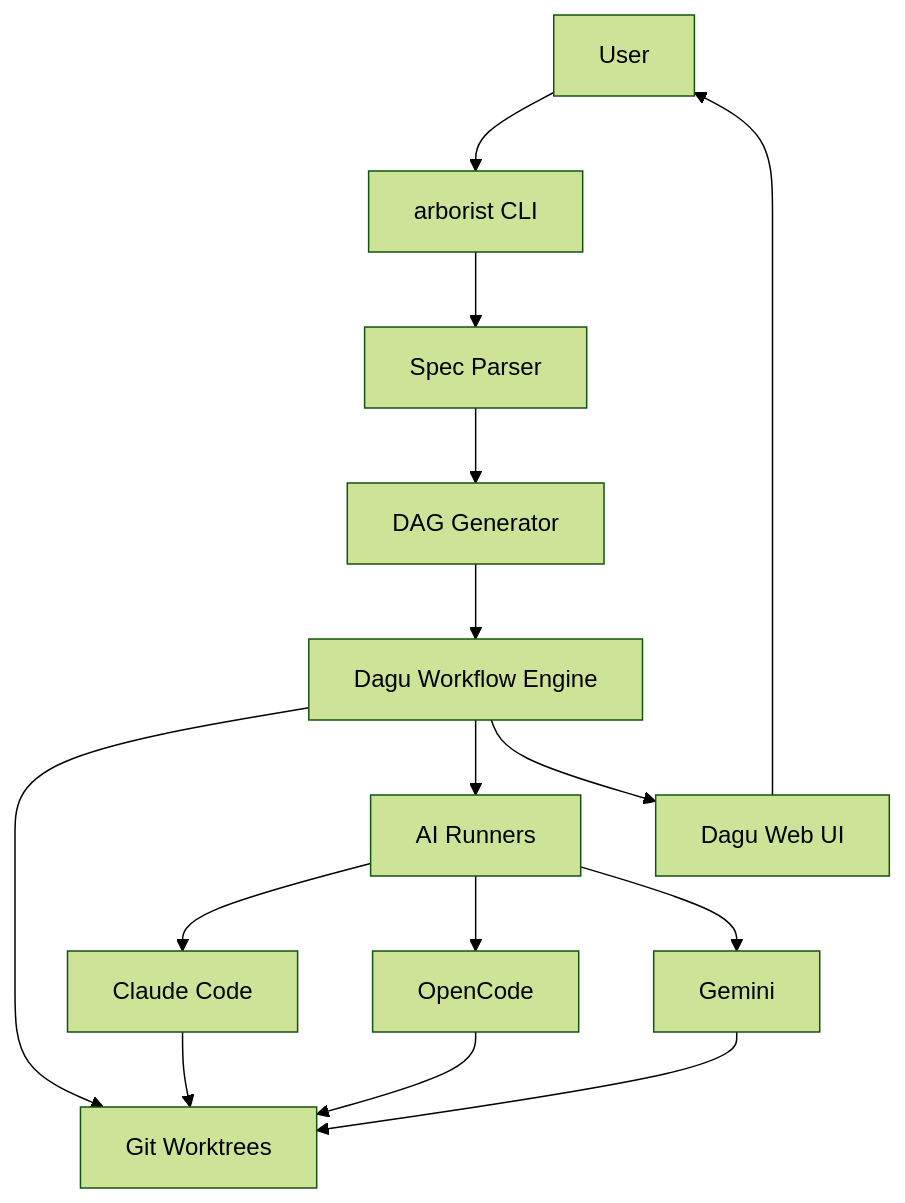
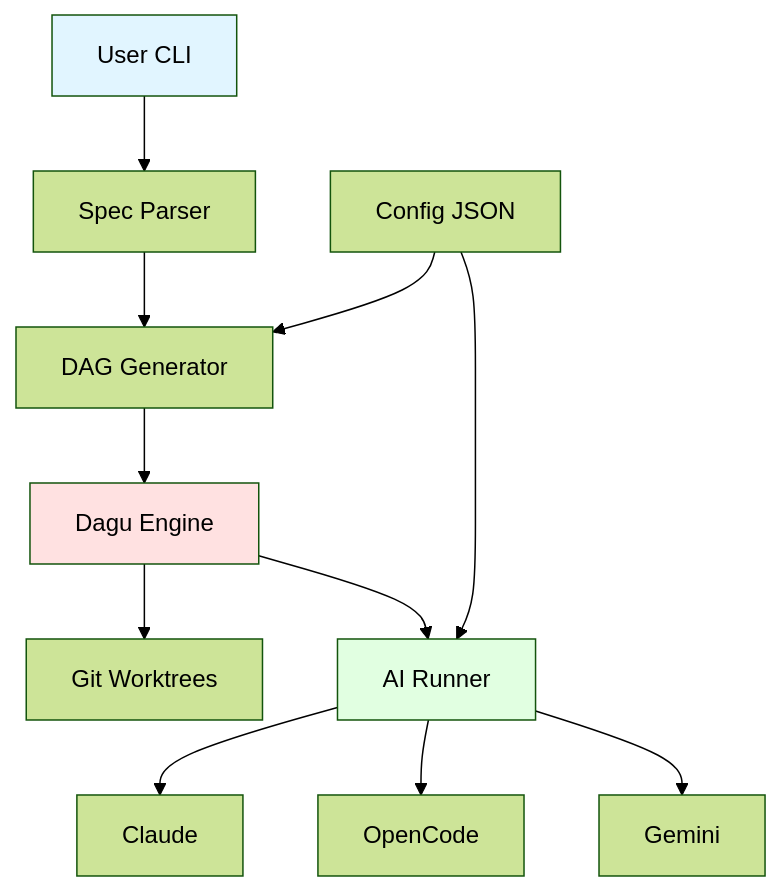
The diagram in docs/manual/01-getting-started/01-introduction.md (pennyworth-tech/agent-arborist), drawn with Mermaid (forest theme) before and after one commit. The commit also changed other lines of this file and 48 other files, not shown here.

````diff
--- a/docs/manual/01-getting-started/01-introduction.md
+++ b/docs/manual/01-getting-started/01-introduction.md
@@ -137,21 +84,20 @@
 ```mermaid
 graph TB
-    A[User] --> B[arborist CLI]
-    B --> C[Spec Parser]
-    C --> D[DAG Generator]
-    D --> E[Dagu Workflow Engine]
+    User[User CLI] --> Spec[Spec Parser]
+    Spec --> DAGGen[DAG Generator]
+    DAGGen --> Dagu[Dagu Engine]
 
-    E --> F[Git Worktrees]
-    E --> G[AI Runners]
+    Dagu --> Worktree[Git Worktrees]
+    Dagu --> Runner[AI Runner]
 
-    G --> H[Claude Code]
-    G --> I[OpenCode]
-    G --> GEM[Gemini]
+    Runner --> Claude[Claude]
+    Runner --> Open[OpenCode]
+    Runner --> Gemini[Gemini]
 
-    H --> F
-    I --> F
-    GEM --> F
+    Config[Config JSON] --> DAGGen
+    Config --> Runner
 
-    E --> J[Dagu Web UI]
-    J --> A
+    style User fill:#e1f5ff
+    style Dagu fill:#ffe1e1
+    style Runner fill:#e1ffe1
 ```
````
